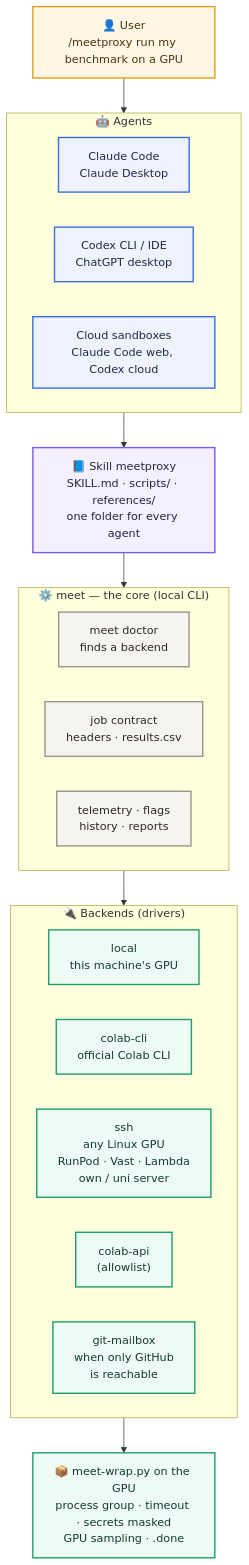
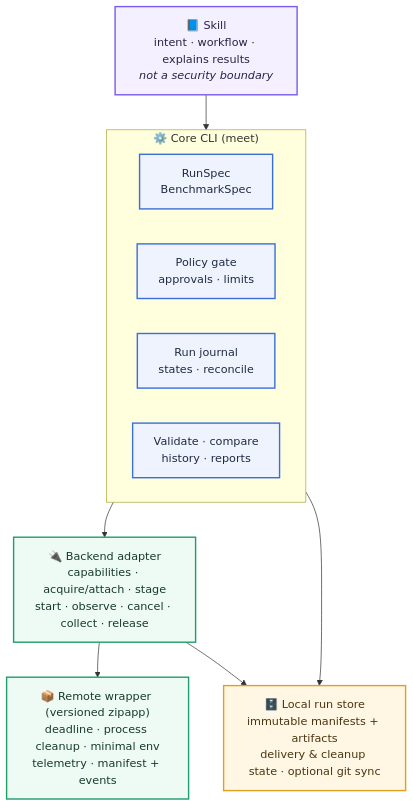
Before and after one commit to SergeyChere/MeetProxy: the first of 2 diagrams in docs/DESIGN.md, drawn with Mermaid. The commit also changed other lines of this file and 3 other files, not shown here.

````diff
--- a/docs/DESIGN.md
+++ b/docs/DESIGN.md
@@ -41,44 +47,27 @@
 ```mermaid
 flowchart TB
-    U["👤 User<br/>/meetproxy run my benchmark on a GPU"]
+    SK["📘 Skill<br/>intent · workflow · explains results<br/><i>not a security boundary</i>"]
+    subgraph CORE["⚙️ Core CLI (meet)"]
+        direction LR
+        RS["RunSpec<br/>BenchmarkSpec"]
+        PG["Policy gate<br/>approvals · limits"]
+        JR["Run journal<br/>states · reconcile"]
+        CMP["Validate · compare<br/>history · reports"]
+    end
+    AD["🔌 Backend adapter<br/>capabilities · acquire/attach · stage<br/>start · observe · cancel · collect · release"]
+    WR["📦 Remote wrapper (versioned zipapp)<br/>deadline · process cleanup · minimal env<br/>telemetry · manifest + events"]
+    ST["🗄️ Local run store<br/>immutable manifests + artifacts<br/>delivery & cleanup state · optional git sync"]
 
-    subgraph HOSTS["🤖 Agents"]
-        direction LR
-        CC["Claude Code<br/>Claude Desktop"]
-        CX["Codex CLI / IDE<br/>ChatGPT desktop"]
-        WEB["Cloud sandboxes<br/>Claude Code web, Codex cloud"]
-    end
+    SK --> CORE --> AD --> WR
+    AD --> ST
+    CORE --> ST
 
-    SK["📘 Skill meetproxy<br/>SKILL.md · scripts/ · references/<br/>one folder for every agent"]
-
-    subgraph CORE["⚙️ meet — the core (local CLI)"]
-        direction LR
-        DOC["meet doctor<br/>finds a backend"]
-        JOB["job contract<br/>headers · results.csv"]
-        OBS["telemetry · flags<br/>history · reports"]
-    end
-
-    subgraph BACK["🔌 Backends (drivers)"]
-        direction LR
-        LOC["local<br/>this machine's GPU"]
-        COL["colab-cli<br/>official Colab CLI"]
-        SSH["ssh<br/>any Linux GPU<br/>RunPod · Vast · Lambda<br/>own / uni server"]
-        API["colab-api<br/>(allowlist)"]
-        MB["git-mailbox<br/>when only GitHub<br/>is reachable"]
-    end
-
-    W["📦 meet-wrap.py on the GPU<br/>process group · timeout · secrets masked<br/>GPU sampling · .done"]
-
-    U --> HOSTS --> SK --> CORE --> BACK --> W
-
-    classDef user fill:#fff6e3,stroke:#e0a020,stroke-width:2px,color:#4a3510
-    classDef agent fill:#eef3fd,stroke:#3b6fd8,stroke-width:2px,color:#1f2a44
     classDef skill fill:#f4f0ff,stroke:#7a5af0,stroke-width:2px,color:#2a2244
-    classDef core fill:#f6f4ef,stroke:#9a948a,stroke-width:2px,color:#2b2925
+    classDef core fill:#eef3fd,stroke:#3b6fd8,stroke-width:2px,color:#1f2a44
     classDef gpu fill:#eefaf4,stroke:#1f9d6b,stroke-width:2px,color:#163b2c
-    class U user
-    class CC,CX,WEB agent
+    classDef store fill:#fff6e3,stroke:#e0a020,stroke-width:2px,color:#4a3510
     class SK skill
-    class DOC,JOB,OBS core
-    class LOC,COL,SSH,API,MB,W gpu
+    class RS,PG,JR,CMP core
+    class AD,WR gpu
+    class ST store
 ```
````
